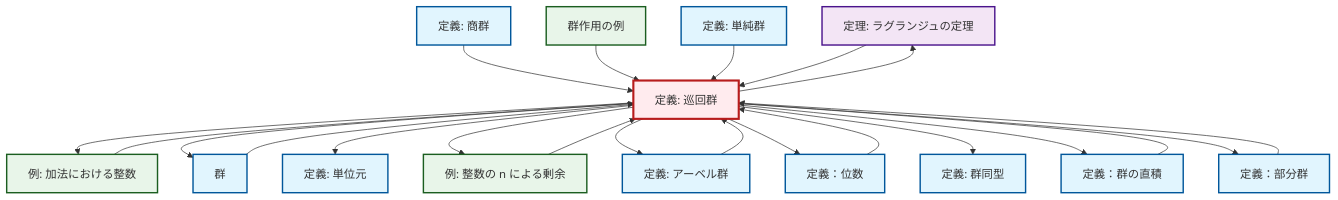
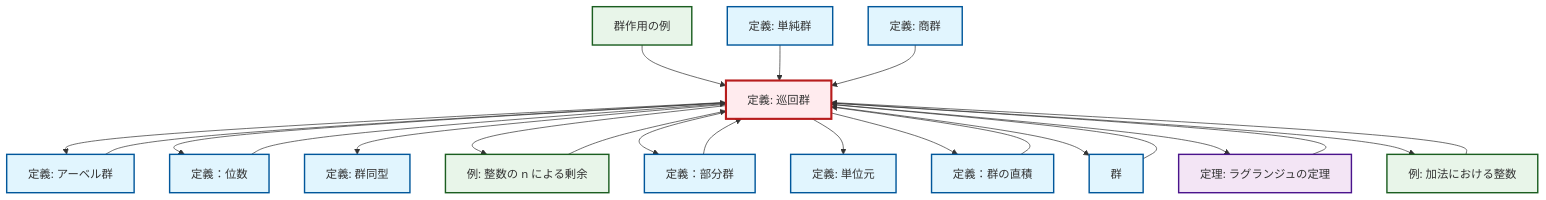
The diagram in content/ja/algebra/def-cyclic-group.qmd (RK0429/ModernMath), drawn with Mermaid before and after one commit. The commit also changed other lines of this file and 1012 other files, not shown here.

````diff
--- a/content/ja/algebra/def-cyclic-group.qmd
+++ b/content/ja/algebra/def-cyclic-group.qmd
@@ -102,58 +102,58 @@
 ```{mermaid}
 %%| fig-cap: "Local dependency graph"
 graph TD
     classDef definition fill:#e1f5fe,stroke:#01579b,stroke-width:2px
     classDef theorem fill:#f3e5f5,stroke:#4a148c,stroke-width:2px
     classDef axiom fill:#fff3e0,stroke:#e65100,stroke-width:2px
     classDef example fill:#e8f5e9,stroke:#1b5e20,stroke-width:2px
     classDef current fill:#ffebee,stroke:#b71c1c,stroke-width:3px
+    def-simple-group["定義: 単純群"]:::definition
+    def-identity-element["定義: 単位元"]:::definition
+    def-subgroup["定義：部分群"]:::definition
+    def-isomorphism["定義: 群同型"]:::definition
+    def-cyclic-group["定義: 巡回群"]:::definition
+    def-order["定義：位数"]:::definition
     thm-lagrange["定理: ラグランジュの定理"]:::theorem
-    def-cyclic-group["定義: 巡回群"]:::definition
-    def-isomorphism["定義: 群同型"]:::definition
-    def-order["定義：位数"]:::definition
+    def-abelian-group["定義: アーベル群"]:::definition
+    ex-integers-addition["例: 加法における整数"]:::example
+    def-quotient-group["定義: 商群"]:::definition
+    ex-group-action-examples["群作用の例"]:::example
     def-direct-product["定義：群の直積"]:::definition
-    def-subgroup["定義：部分群"]:::definition
-    ex-integers-addition["例: 加法における整数"]:::example
-    ex-group-action-examples["群作用の例"]:::example
-    def-identity-element["定義: 単位元"]:::definition
-    def-abelian-group["定義: アーベル群"]:::definition
+    def-group["群"]:::definition
     ex-quotient-integers-mod-n["例: 整数の n による剰余"]:::example
-    def-quotient-group["定義: 商群"]:::definition
-    def-simple-group["定義: 単純群"]:::definition
-    def-group["群"]:::definition
+    def-cyclic-group --> def-abelian-group
+    ex-group-action-examples --> def-cyclic-group
+    def-cyclic-group --> def-order
+    def-cyclic-group --> def-isomorphism
+    def-direct-product --> def-cyclic-group
+    ex-quotient-integers-mod-n --> def-cyclic-group
+    def-cyclic-group --> ex-quotient-integers-mod-n
+    ex-integers-addition --> def-cyclic-group
+    thm-lagrange --> def-cyclic-group
+    def-abelian-group --> def-cyclic-group
+    def-simple-group --> def-cyclic-group
+    def-cyclic-group --> def-subgroup
     def-subgroup --> def-cyclic-group
-    def-cyclic-group --> ex-integers-addition
+    def-cyclic-group --> def-identity-element
+    def-quotient-group --> def-cyclic-group
+    def-group --> def-cyclic-group
+    def-cyclic-group --> def-direct-product
     def-cyclic-group --> def-group
     def-cyclic-group --> thm-lagrange
-    def-direct-product --> def-cyclic-group
-    def-cyclic-group --> def-identity-element
-    def-cyclic-group --> ex-quotient-integers-mod-n
-    def-quotient-group --> def-cyclic-group
-    def-cyclic-group --> def-abelian-group
+    def-cyclic-group --> ex-integers-addition
     def-order --> def-cyclic-group
-    def-group --> def-cyclic-group
-    ex-group-action-examples --> def-cyclic-group
-    ex-quotient-integers-mod-n --> def-cyclic-group
-    def-abelian-group --> def-cyclic-group
-    def-cyclic-group --> def-order
-    ex-integers-addition --> def-cyclic-group
-    def-cyclic-group --> def-isomorphism
-    def-simple-group --> def-cyclic-group
-    thm-lagrange --> def-cyclic-group
-    def-cyclic-group --> def-direct-product
-    def-cyclic-group --> def-subgroup
     class def-cyclic-group current
-    click thm-lagrange "thm-lagrange.html" "ラグランジュの定理の定理へ"
+    click def-simple-group "def-simple-group.html" "単純群の定義へ"
+    click def-identity-element "def-identity-element.html" "単位元の定義へ"
+    click def-subgroup "def-subgroup.html" "定義：部分群へ"
     click def-isomorphism "def-isomorphism.html" "群同型の定義へ"
     click def-order "def-order.html" "定義：位数へ"
+    click thm-lagrange "thm-lagrange.html" "ラグランジュの定理の定理へ"
+    click def-abelian-group "def-abelian-group.html" "アーベル群の定義へ"
+    click ex-integers-addition "ex-integers-addition.html" "加法における整数の例へ"
+    click def-quotient-group "def-quotient-group.html" "商群の定義へ"
+    click ex-group-action-examples "ex-group-action-examples.html" "群作用の例へ"
     click def-direct-product "def-direct-product.html" "定義：群の直積へ"
-    click def-subgroup "def-subgroup.html" "定義：部分群へ"
-    click ex-integers-addition "ex-integers-addition.html" "加法における整数の例へ"
-    click ex-group-action-examples "ex-group-action-examples.html" "群作用の例へ"
-    click def-identity-element "def-identity-element.html" "単位元の定義へ"
-    click def-abelian-group "def-abelian-group.html" "アーベル群の定義へ"
+    click def-group "def-group.html" "群へ"
     click ex-quotient-integers-mod-n "ex-quotient-integers-mod-n.html" "整数の n による剰余の例へ"
-    click def-quotient-group "def-quotient-group.html" "商群の定義へ"
-    click def-simple-group "def-simple-group.html" "単純群の定義へ"
-    click def-group "def-group.html" "群へ"
 ```
````
